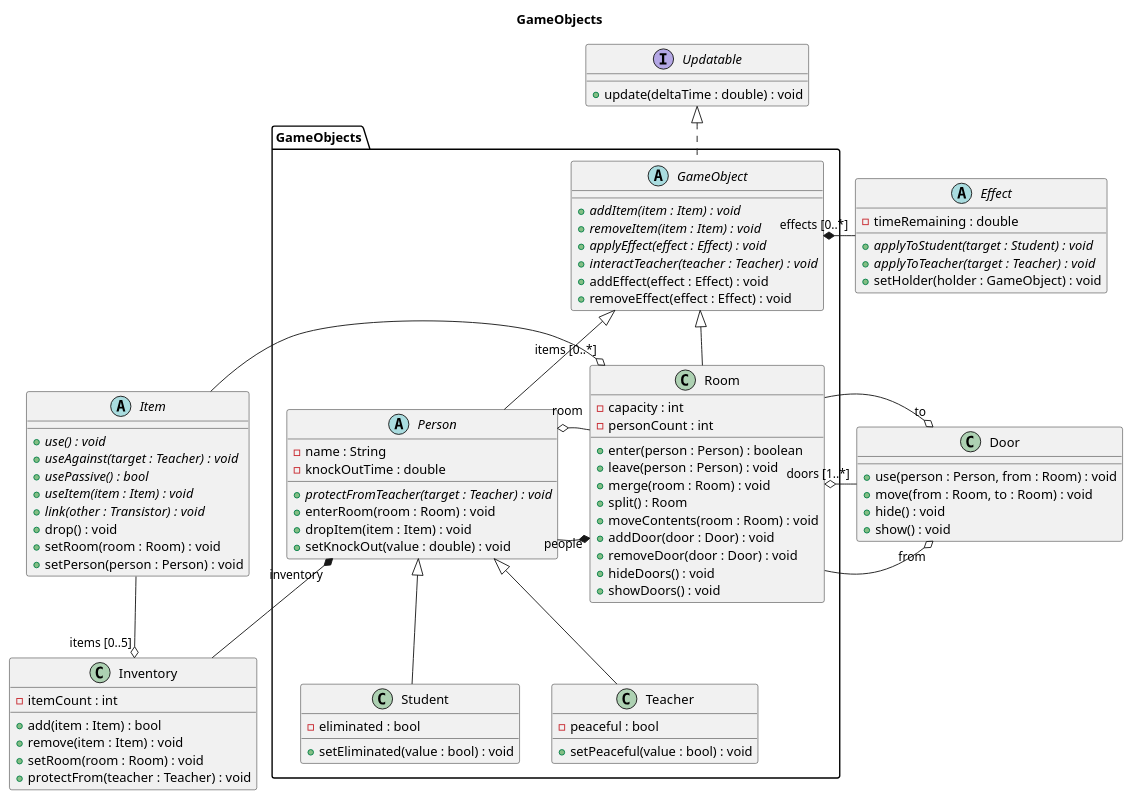
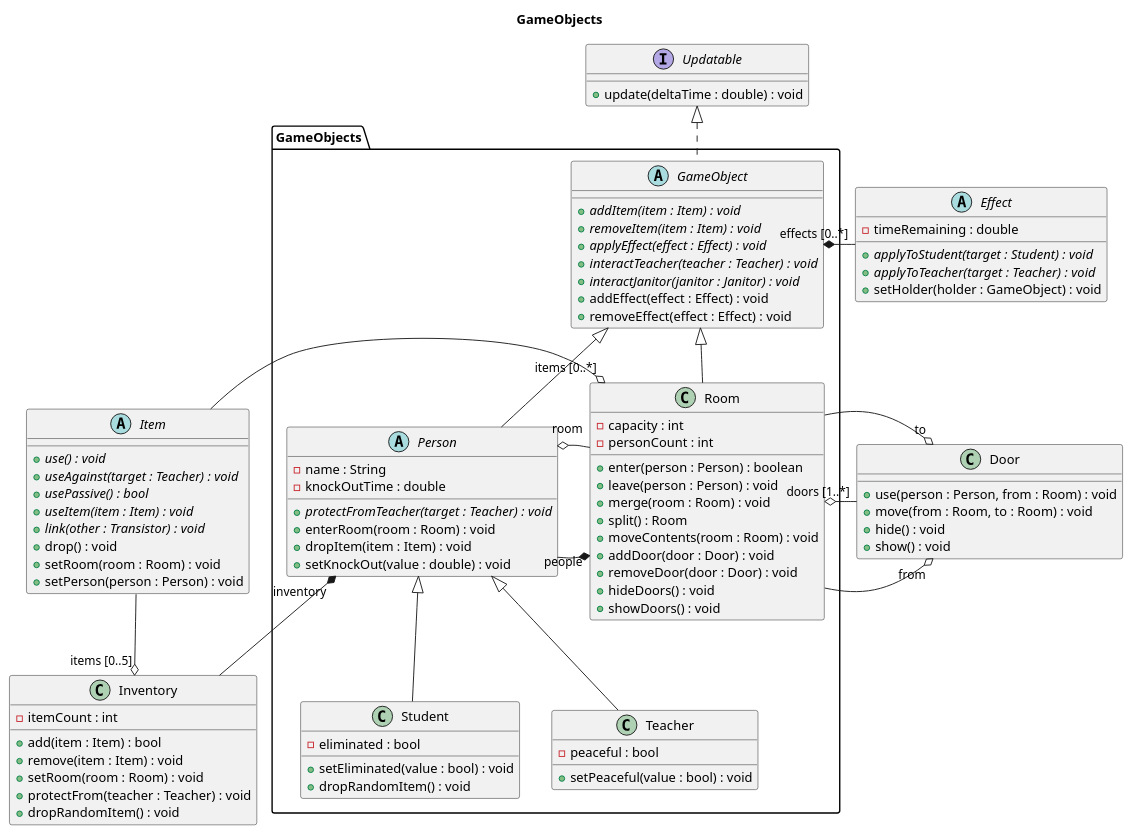
One commit to sn4k3ch4rm3r/logarlec changed the diagram in docs/diagrams/class/game-objects.puml. Above: the diagram before and after it, drawn with PlantUML. The commit also changed 4 other files, not shown here.

Commit message:
Beer drop random item

```diff
--- a/docs/diagrams/class/game-objects.puml
+++ b/docs/diagrams/class/game-objects.puml
@@ -1,103 +1,106 @@
 @startuml game-objects
 
 title GameObjects
 
 package GameObjects {
 	abstract GameObject {
 		+ {abstract} addItem(item : Item) : void
 		+ {abstract} removeItem(item : Item) : void
 		+ {abstract} applyEffect(effect : Effect) : void
 		+ {abstract} interactTeacher(teacher : Teacher) : void
+		+ {abstract} interactJanitor(janitor : Janitor) : void
 		+ addEffect(effect : Effect) : void
 		+ removeEffect(effect : Effect) : void
 	}
 
 	abstract Person {
 		- name : String
 		- knockOutTime : double
 		+ {abstract} protectFromTeacher(target : Teacher) : void
 		+ enterRoom(room : Room) : void
 		+ dropItem(item : Item) : void
 		+ setKnockOut(value : double) : void
 	}
 
 	class Student {
 		- eliminated : bool
 		+ setEliminated(value : bool) : void
+		+ dropRandomItem() : void
 	}
 	class Teacher {
 		- peaceful : bool
 		+ setPeaceful(value : bool) : void
 	}
 
 	class Room {
 		- capacity : int
 		- personCount : int
 		+ enter(person : Person) : boolean
 		+ leave(person : Person) : void
 		+ merge(room : Room) : void
 		+ split() : Room
 		+ moveContents(room : Room) : void
 		+ addDoor(door : Door) : void
 		+ removeDoor(door : Door) : void 
 		+ hideDoors() : void
 		+ showDoors() : void
 	}
 	
 }
 
 interface Updatable {
 	+ update(deltaTime : double) : void
 }
 
 class Door {
 	+ use(person : Person, from : Room) : void
 	+ move(from : Room, to : Room) : void
 	+ hide() : void
 	+ show() : void
 }
 
 class Inventory {
 	- itemCount : int
 	+ add(item : Item) : bool
 	+ remove(item : Item) : void
 	+ setRoom(room : Room) : void
 	+ protectFrom(teacher : Teacher) : void
+	+ dropRandomItem() : void
 }
 
 abstract Effect {
 	- timeRemaining : double
 	+ {abstract} applyToStudent(target : Student) : void
 	+ {abstract} applyToTeacher(target : Teacher) : void
 	+ setHolder(holder : GameObject) : void
 }
 
 abstract Item {
 	+ {abstract} use() : void
 	+ {abstract} useAgainst(target : Teacher) : void
 	+ {abstract} usePassive() : bool
 	+ {abstract} useItem(item : Item) : void
 	+ {abstract} link(other : Transistor) : void
 	+ drop() : void
 	+ setRoom(room : Room) : void
 	+ setPerson(person : Person) : void	
 }
 
 Updatable <|.- GameObject
 GameObject <|-- Person
 GameObject <|-- Room
 Person <|-- Teacher
 Person <|-- Student
 
 Room "people" *-left- Person
 Person "room" o-right- Room
 Room "doors [1..*]" o-- Door
 Person "inventory" *-- Inventory
 Room "items [0..*]" o- Item
 GameObject "effects [0..*]" *-left- Effect
 
 Door "from" o- Room
 Door "to" o- Room
 Inventory "items [0..5]" o-up- Item
 
 @enduml
```
